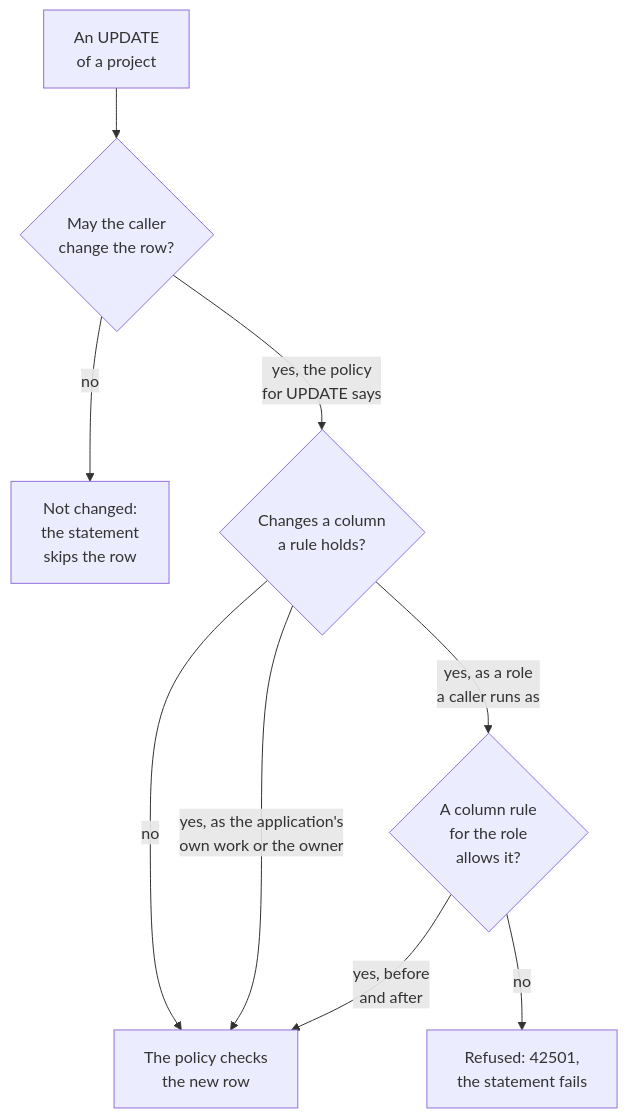
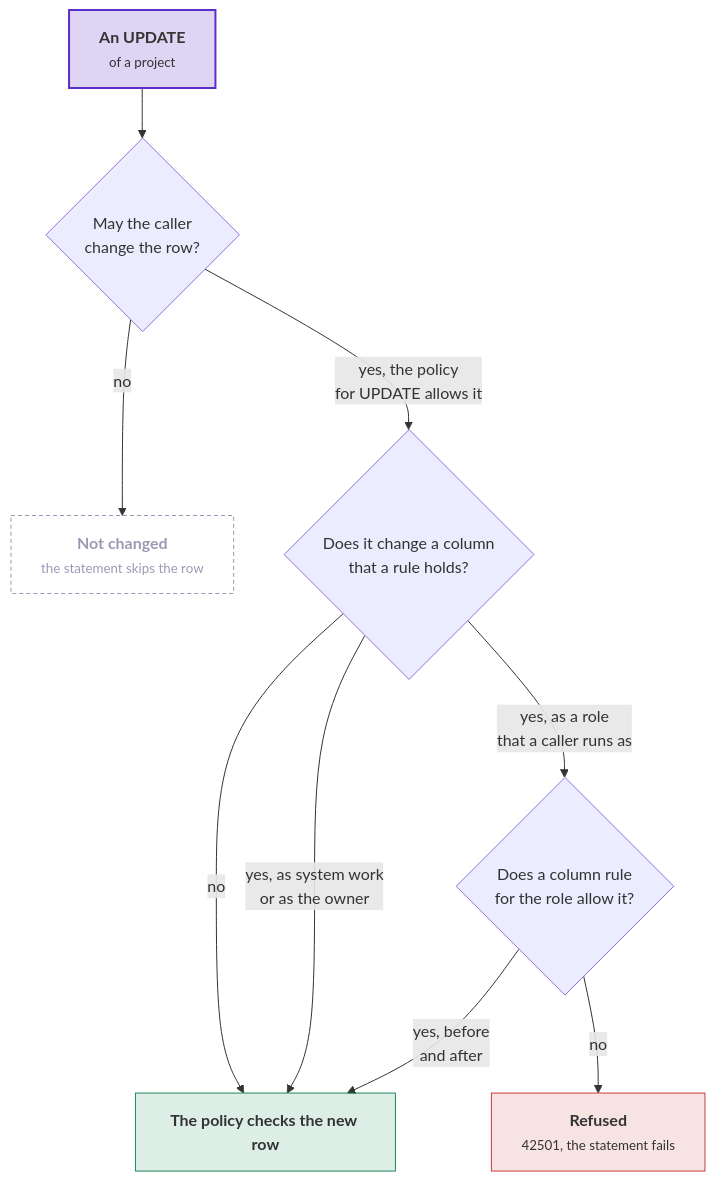
One commit to DylanSnel/DDDToolkit changed the tenth of 14 diagrams in docs/row-level-security.md. Above: the diagram before and after it, drawn with Mermaid. The commit also changed other lines of this file and 41 other files, not shown here.

First line of the commit message:
Docs: plain prose, one word per concept, and readable diagrams on every page

````diff
--- a/docs/row-level-security.md
+++ b/docs/row-level-security.md
@@ -1624,11 +1832,26 @@
 ```mermaid
 flowchart TB
-    Update["An UPDATE<br/>of a project"] --> Policy{"May the caller<br/>change the row?"}
-    Policy -->|no| Untouched["Not changed:<br/>the statement<br/>skips the row"]
-    Policy -->|"yes, the policy<br/>for UPDATE says"| Held{"Changes a column<br/>a rule holds?"}
-    Held -->|no| Check["The policy checks<br/>the new row"]
-    Held -->|"yes, as a role<br/>a caller runs as"| Rule{"A column rule<br/>for the role<br/>allows it?"}
-    Held -->|"yes, as the application's<br/>own work or the owner"| Check
-    Rule -->|"yes, before<br/>and after"| Check
-    Rule -->|no| Refused["Refused: 42501,<br/>the statement fails"]
+    update["<b>An UPDATE</b><br/><small>of a project</small>"]
+    policy{"May the caller<br/>change the row?"}
+    untouched["<b>Not changed</b><br/><small>the statement skips the row</small>"]
+    held{"Does it change a column<br/>that a rule holds?"}
+    rule{"Does a column rule<br/>for the role allow it?"}
+    check["<b>The policy checks the new row</b>"]
+    refused["<b>Refused</b><br/><small>42501, the statement fails</small>"]
+    update --> policy
+    policy -->|no| untouched
+    policy -->|"yes, the policy<br/>for UPDATE allows it"| held
+    held -->|no| check
+    held -->|"yes, as a role<br/>that a caller runs as"| rule
+    held -->|"yes, as system work<br/>or as the owner"| check
+    rule -->|"yes, before<br/>and after"| check
+    rule -->|no| refused
+    classDef strong fill:#5b2ec933,stroke:#5b2ec9,stroke-width:2px
+    classDef good fill:#1f8a5b26,stroke:#1f8a5b
+    classDef muted fill:none,stroke:#9a9ab5,stroke-dasharray:4 3,color:#9a9ab5
+    classDef bad fill:#c93c3c24,stroke:#c93c3c
+    class update strong
+    class check good
+    class untouched muted
+    class refused bad
 ```
````
